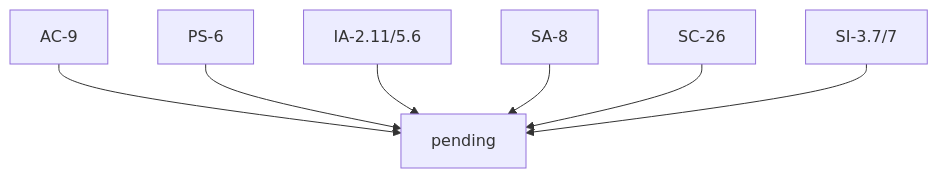
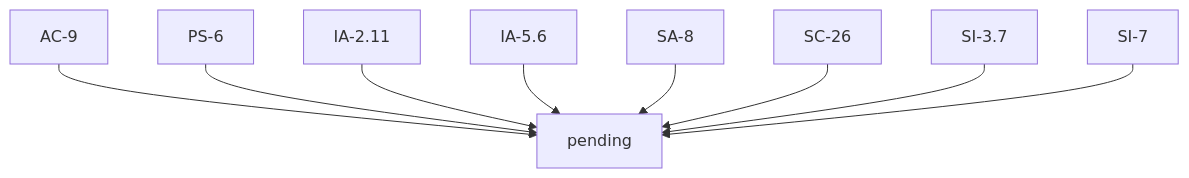
Before and after one commit to GoogleCloudPlatform/pbmm-on-gcp-onboarding: the second of 2 diagrams in docs/google-cloud-security-controls.md, drawn with Mermaid. The commit also changed other lines of this file, not shown here.

````diff
--- a/docs/google-cloud-security-controls.md
+++ b/docs/google-cloud-security-controls.md
@@ -107,12 +107,14 @@
 ```mermaid
 graph TD;
     AC-9-->pending;
     PS-6-->pending;
-    IA-2.11/5.6-->pending;
+    IA-2.11-->pending;
+    IA-5.6-->pending;
     
     SA-8-->pending;
     SC-26-->pending;
   
-    SI-3.7/7-->pending;
+    SI-3.7-->pending;
+    SI-7-->pending;
   
 ```
````
